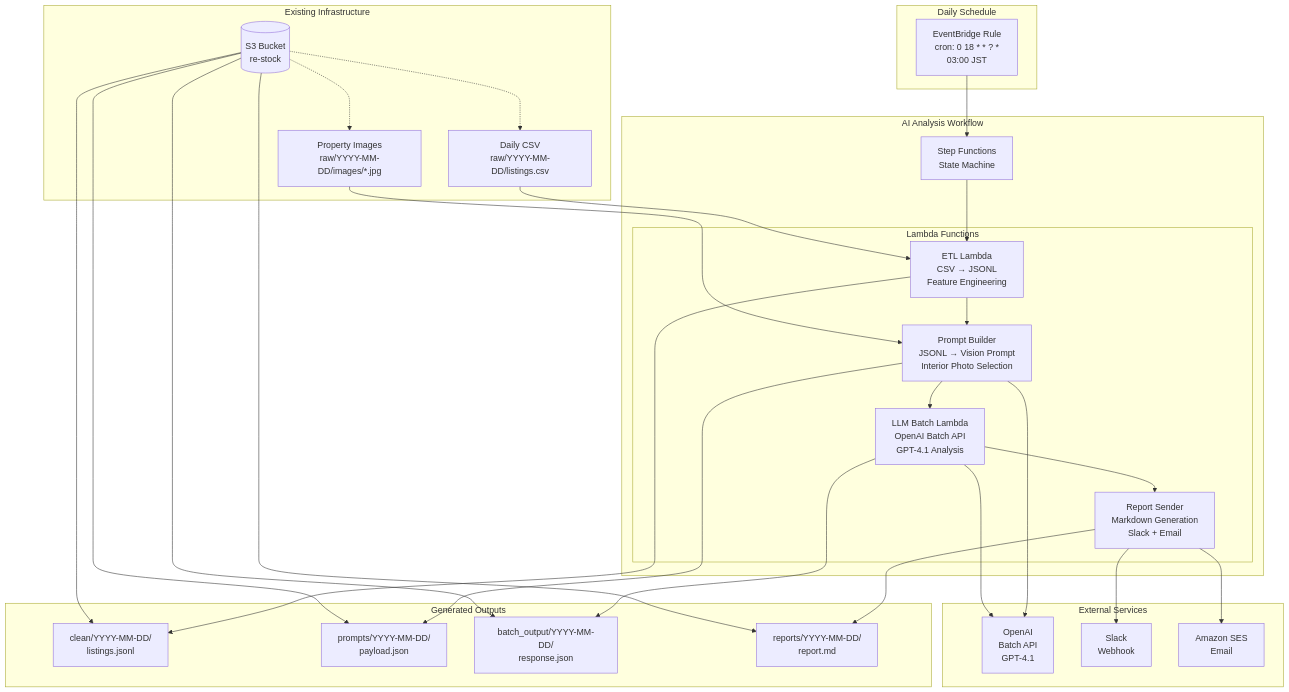
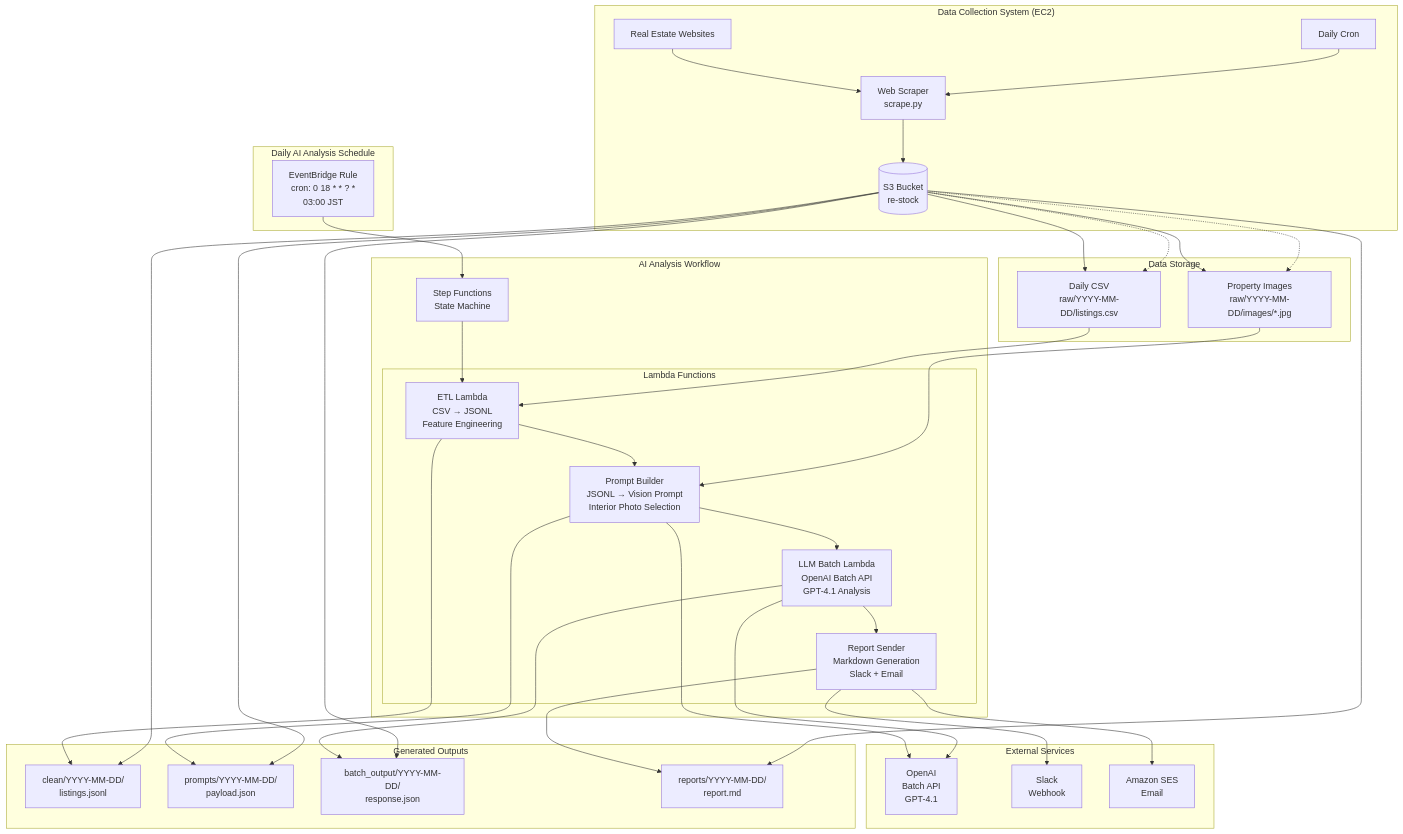
One commit to jpns3334444/scraper changed the diagram in docs/architecture.md. Above: the diagram before and after it, drawn with Mermaid. The commit also changed other lines of this file and 25 other files, not shown here.

````diff
--- a/docs/architecture.md
+++ b/docs/architecture.md
@@ -9,60 +14,65 @@
 ```mermaid
 graph TB
-    subgraph "Daily Schedule"
-        EB[EventBridge Rule<br/>cron: 0 18 * * ? *<br/>03:00 JST]
+    subgraph "Data Collection System (EC2)"
+        WEB[Real Estate Websites] --> SCRAPER[Web Scraper<br/>scrape.py]
+        SCRAPER --> S3[(S3 Bucket<br/>re-stock)]
+        CRON1[Daily Cron] --> SCRAPER
     end
     
-    subgraph "Existing Infrastructure"
-        S3[(S3 Bucket<br/>re-stock)]
-        CSV[Daily CSV<br/>raw/YYYY-MM-DD/listings.csv]
-        IMG[Property Images<br/>raw/YYYY-MM-DD/images/*.jpg]
+    subgraph "Data Storage"
+        S3 --> CSV[Daily CSV<br/>raw/YYYY-MM-DD/listings.csv]
+        S3 --> IMG[Property Images<br/>raw/YYYY-MM-DD/images/*.jpg]
+    end
+    
+    subgraph "Daily AI Analysis Schedule"
+        EB[EventBridge Rule<br/>cron: 0 18 * * ? *<br/>03:00 JST]
     end
     
     subgraph "AI Analysis Workflow"
         SF[Step Functions<br/>State Machine]
         
         subgraph "Lambda Functions"
             L1[ETL Lambda<br/>CSV → JSONL<br/>Feature Engineering]
             L2[Prompt Builder<br/>JSONL → Vision Prompt<br/>Interior Photo Selection]
             L3[LLM Batch Lambda<br/>OpenAI Batch API<br/>GPT-4.1 Analysis]
             L4[Report Sender<br/>Markdown Generation<br/>Slack + Email]
         end
     end
     
     subgraph "External Services"
         OAI[OpenAI<br/>Batch API<br/>GPT-4.1]
         SLACK[Slack<br/>Webhook]
         SES[Amazon SES<br/>Email]
     end
     
     subgraph "Generated Outputs"
         JSONL[clean/YYYY-MM-DD/<br/>listings.jsonl]
         PROMPT[prompts/YYYY-MM-DD/<br/>payload.json]
         RESULT[batch_output/YYYY-MM-DD/<br/>response.json]
         REPORT[reports/YYYY-MM-DD/<br/>report.md]
     end
     
     EB --> SF
     SF --> L1
     L1 --> L2
     L2 --> L3
     L3 --> L4
     
     CSV --> L1
     IMG --> L2
     L1 --> JSONL
     L2 --> PROMPT
     L2 --> OAI
     L3 --> OAI
     L3 --> RESULT
     L4 --> REPORT
     L4 --> SLACK
     L4 --> SES
     
     S3 -.-> CSV
     S3 -.-> IMG
     S3 --> JSONL
     S3 --> PROMPT
     S3 --> RESULT
     S3 --> REPORT
 ```
````
